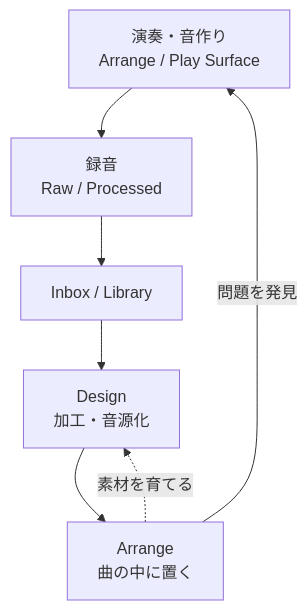
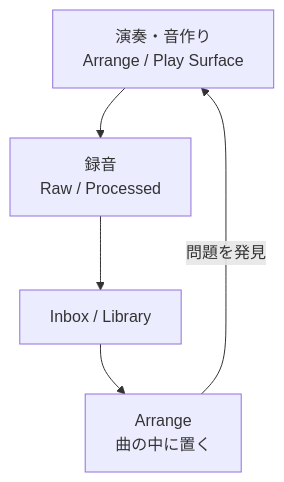
The second of 2 diagrams in docs/CONCEPT.md (endo-ly/riffra), drawn with Mermaid before and after one commit. The commit also changed other lines of this file and 116 other files, not shown here.

````diff
--- a/docs/CONCEPT.md
+++ b/docs/CONCEPT.md
@@ -108,9 +81,7 @@
 ```mermaid
 flowchart TD
     P["演奏・音作り<br/>Arrange / Play Surface"] --> R["録音<br/>Raw / Processed"]
     R --> I["Inbox / Library"]
-    I --> D["Design<br/>加工・音源化"]
-    D --> A["Arrange<br/>曲の中に置く"]
+    I --> A["Arrange<br/>曲の中に置く"]
     A -->|問題を発見| P
-    A -.->|素材を育てる| D
 ```
````
